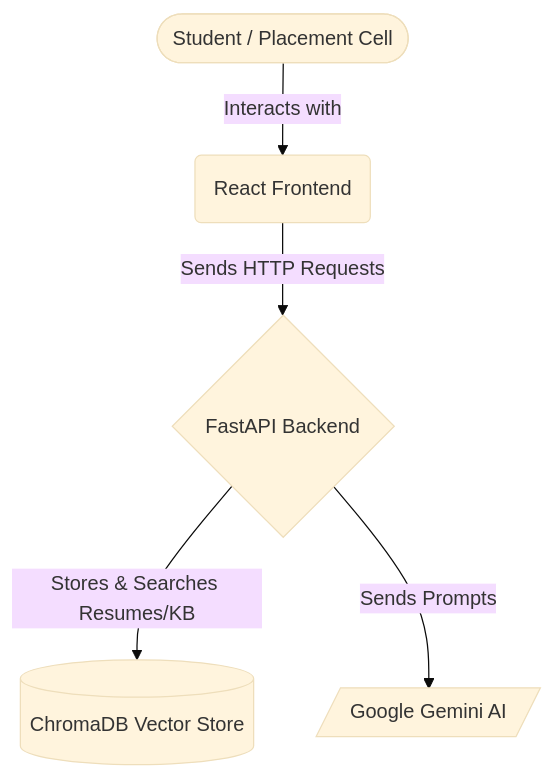
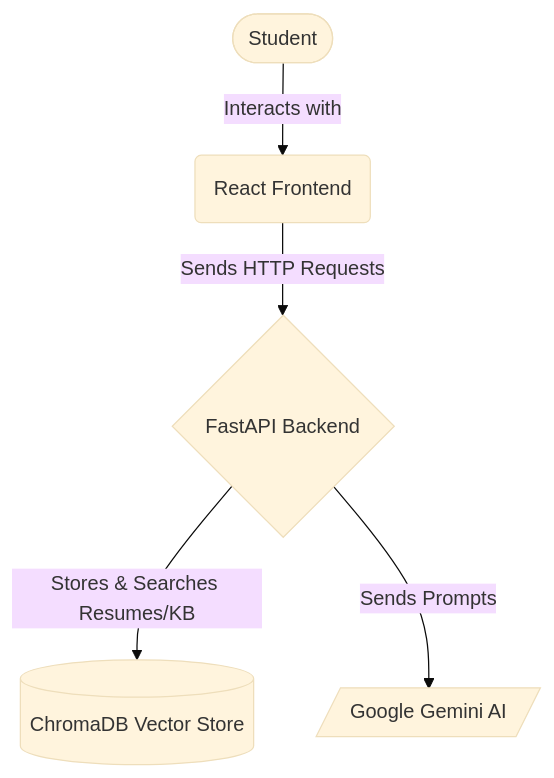
One commit to Mounikaishu/RAG_play_ground changed the first of 7 diagrams in README.md. Above: the diagram before and after it, drawn with Mermaid (base theme). The commit also changed other lines of this file and 28 other files, not shown here.

````diff
--- a/README.md
+++ b/README.md
@@ -13,8 +13,8 @@
 ```mermaid
 flowchart TD
-    User([Student / Placement Cell]) -->|Interacts with| Frontend(React Frontend)
+    User([Student]) -->|Interacts with| Frontend(React Frontend)
     Frontend -->|Sends HTTP Requests| Backend{FastAPI Backend}
     
     Backend -->|Stores & Searches Resumes/KB| VectorDB[(ChromaDB Vector Store)]
     Backend -->|Sends Prompts| LLM[/Google Gemini AI/]
 ```
````
